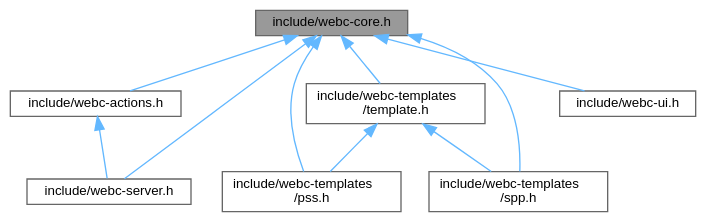
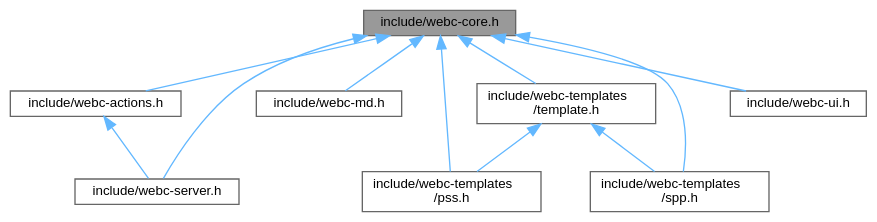
One commit to KDesp73/webc-docs changed the diagram in docs/webc-core_8h__dep__incl.dot. Above: the diagram before and after it, drawn with Graphviz. The commit also changed 37 other files, not shown here.

```diff
--- a/docs/webc-core_8h__dep__incl.dot
+++ b/docs/webc-core_8h__dep__incl.dot
@@ -1,23 +1,25 @@
 digraph "include/webc-core.h"
 {
  // LATEX_PDF_SIZE
   bgcolor="transparent";
   edge [fontname=Helvetica,fontsize=10,labelfontname=Helvetica,labelfontsize=10];
   node [fontname=Helvetica,fontsize=10,shape=box,height=0.2,width=0.4];
   Node1 [id="Node000001",label="include/webc-core.h",height=0.2,width=0.4,color="gray40", fillcolor="grey60", style="filled", fontcolor="black",tooltip=" "];
   Node1 -> Node2 [id="edge1_Node000001_Node000002",dir="back",color="steelblue1",style="solid",tooltip=" "];
   Node2 [id="Node000002",label="include/webc-actions.h",height=0.2,width=0.4,color="grey40", fillcolor="white", style="filled",URL="$webc-actions_8h.html",tooltip=" "];
   Node2 -> Node3 [id="edge2_Node000002_Node000003",dir="back",color="steelblue1",style="solid",tooltip=" "];
   Node3 [id="Node000003",label="include/webc-server.h",height=0.2,width=0.4,color="grey40", fillcolor="white", style="filled",URL="$webc-server_8h.html",tooltip=" "];
-  Node1 -> Node3 [id="edge3_Node000001_Node000003",dir="back",color="steelblue1",style="solid",tooltip=" "];
-  Node1 -> Node4 [id="edge4_Node000001_Node000004",dir="back",color="steelblue1",style="solid",tooltip=" "];
-  Node4 [id="Node000004",label="include/webc-templates\l/pss.h",height=0.2,width=0.4,color="grey40", fillcolor="white", style="filled",URL="$pss_8h.html",tooltip=" "];
+  Node1 -> Node4 [id="edge3_Node000001_Node000004",dir="back",color="steelblue1",style="solid",tooltip=" "];
+  Node4 [id="Node000004",label="include/webc-md.h",height=0.2,width=0.4,color="grey40", fillcolor="white", style="filled",URL="$webc-md_8h_source.html",tooltip=" "];
+  Node1 -> Node3 [id="edge4_Node000001_Node000003",dir="back",color="steelblue1",style="solid",tooltip=" "];
   Node1 -> Node5 [id="edge5_Node000001_Node000005",dir="back",color="steelblue1",style="solid",tooltip=" "];
-  Node5 [id="Node000005",label="include/webc-templates\l/spp.h",height=0.2,width=0.4,color="grey40", fillcolor="white", style="filled",URL="$spp_8h.html",tooltip=" "];
+  Node5 [id="Node000005",label="include/webc-templates\l/pss.h",height=0.2,width=0.4,color="grey40", fillcolor="white", style="filled",URL="$pss_8h.html",tooltip=" "];
   Node1 -> Node6 [id="edge6_Node000001_Node000006",dir="back",color="steelblue1",style="solid",tooltip=" "];
-  Node6 [id="Node000006",label="include/webc-templates\l/template.h",height=0.2,width=0.4,color="grey40", fillcolor="white", style="filled",URL="$template_8h.html",tooltip=" "];
-  Node6 -> Node4 [id="edge7_Node000006_Node000004",dir="back",color="steelblue1",style="solid",tooltip=" "];
-  Node6 -> Node5 [id="edge8_Node000006_Node000005",dir="back",color="steelblue1",style="solid",tooltip=" "];
-  Node1 -> Node7 [id="edge9_Node000001_Node000007",dir="back",color="steelblue1",style="solid",tooltip=" "];
-  Node7 [id="Node000007",label="include/webc-ui.h",height=0.2,width=0.4,color="grey40", fillcolor="white", style="filled",URL="$webc-ui_8h.html",tooltip=" "];
+  Node6 [id="Node000006",label="include/webc-templates\l/spp.h",height=0.2,width=0.4,color="grey40", fillcolor="white", style="filled",URL="$spp_8h.html",tooltip=" "];
+  Node1 -> Node7 [id="edge7_Node000001_Node000007",dir="back",color="steelblue1",style="solid",tooltip=" "];
+  Node7 [id="Node000007",label="include/webc-templates\l/template.h",height=0.2,width=0.4,color="grey40", fillcolor="white", style="filled",URL="$template_8h.html",tooltip=" "];
+  Node7 -> Node5 [id="edge8_Node000007_Node000005",dir="back",color="steelblue1",style="solid",tooltip=" "];
+  Node7 -> Node6 [id="edge9_Node000007_Node000006",dir="back",color="steelblue1",style="solid",tooltip=" "];
+  Node1 -> Node8 [id="edge10_Node000001_Node000008",dir="back",color="steelblue1",style="solid",tooltip=" "];
+  Node8 [id="Node000008",label="include/webc-ui.h",height=0.2,width=0.4,color="grey40", fillcolor="white", style="filled",URL="$webc-ui_8h.html",tooltip=" "];
 }
```
